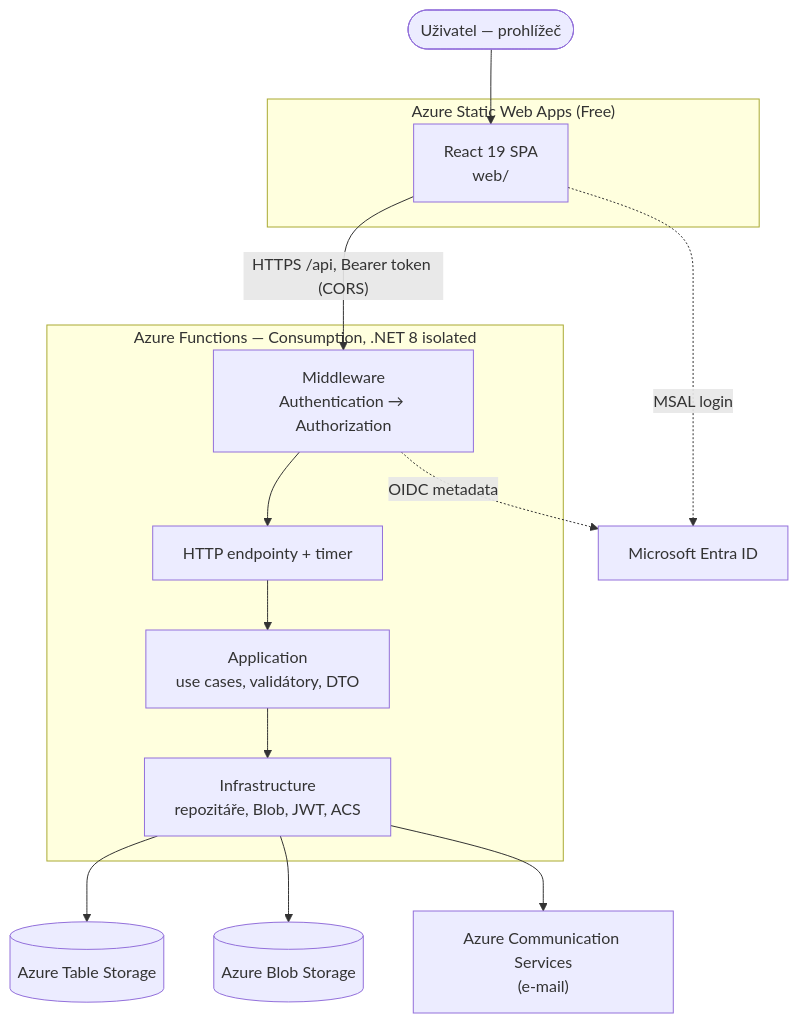
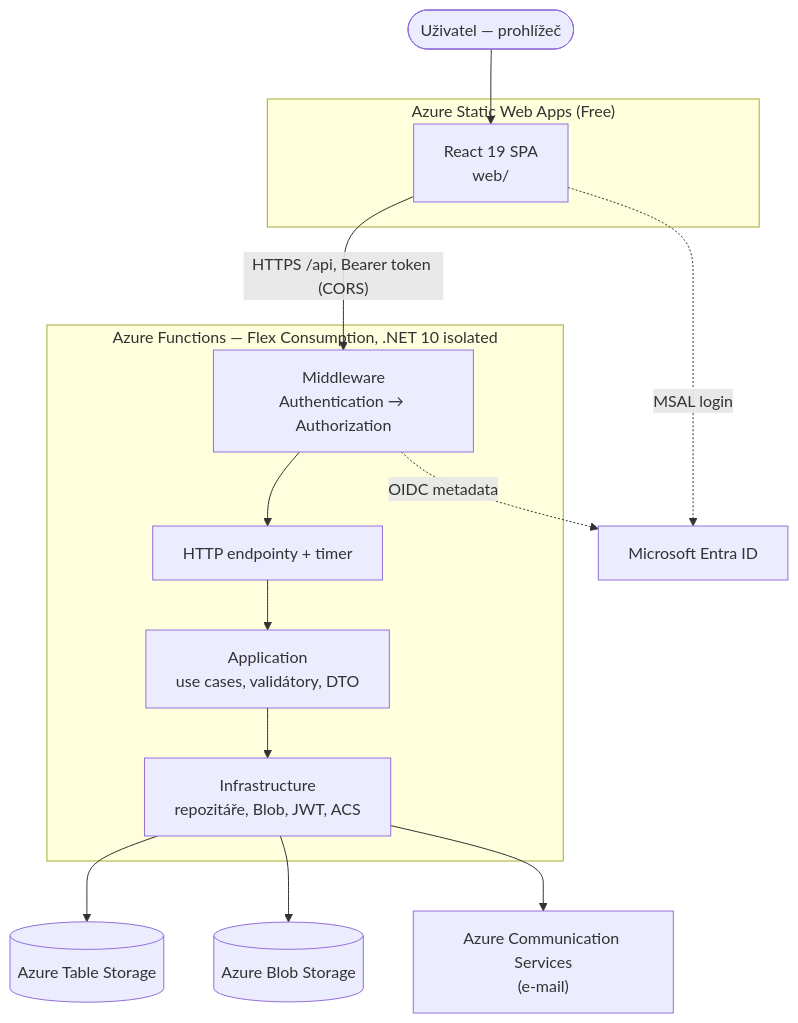
Before and after one commit to rcendelin/OazaZK: the diagram in docs/ARCHITEKTURA.md, drawn with Mermaid. The commit also changed 24 other files, not shown here.

Commit message:
chore: .NET 10 on Flex Consumption (func-oaza-{env}-flex), ImageSharp 2.1.13

````diff
--- a/docs/ARCHITEKTURA.md
+++ b/docs/ARCHITEKTURA.md
@@ -9,25 +9,25 @@
 ```mermaid
 flowchart TB
     user([Uživatel — prohlížeč])
     subgraph SWA["Azure Static Web Apps (Free)"]
         spa["React 19 SPA<br/>web/"]
     end
-    subgraph FUNC["Azure Functions — Consumption, .NET 8 isolated"]
+    subgraph FUNC["Azure Functions — Flex Consumption, .NET 10 isolated"]
         mw["Middleware<br/>Authentication → Authorization"]
         ep["HTTP endpointy + timer"]
         app["Application<br/>use cases, validátory, DTO"]
         infra["Infrastructure<br/>repozitáře, Blob, JWT, ACS"]
     end
     tables[("Azure Table Storage")]
     blobs[("Azure Blob Storage")]
     entra["Microsoft Entra ID"]
     acs["Azure Communication Services<br/>(e-mail)"]
 
     user --> spa
     spa -- "HTTPS /api, Bearer token (CORS)" --> mw --> ep --> app --> infra
     infra --> tables
     infra --> blobs
     infra --> acs
     spa -. "MSAL login" .-> entra
     mw -. "OIDC metadata" .-> entra
 ```
````
